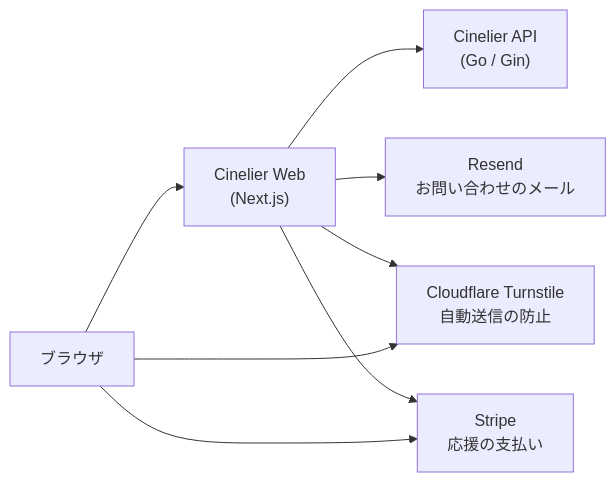
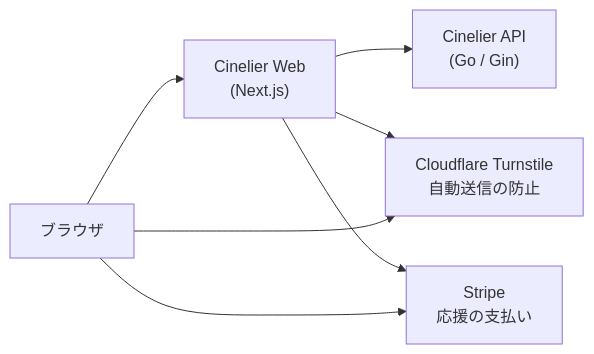
One commit to masaya-nishimura-09/movie-log changed the diagram in README.ja.md. Above: the diagram before and after it, drawn with Mermaid. The commit also changed other lines of this file and 15 other files, not shown here.

````diff
--- a/README.ja.md
+++ b/README.ja.md
@@ -39,10 +39,9 @@
 ```mermaid
 flowchart LR
     browser["ブラウザ"] --> web["Cinelier Web<br/>(Next.js)"]
     web --> api["Cinelier API<br/>(Go / Gin)"]
-    web --> resend["Resend<br/>お問い合わせのメール"]
     web --> turnstile["Cloudflare Turnstile<br/>自動送信の防止"]
     browser --> turnstile
     web --> stripe["Stripe<br/>応援の支払い"]
     browser --> stripe
 ```
````
